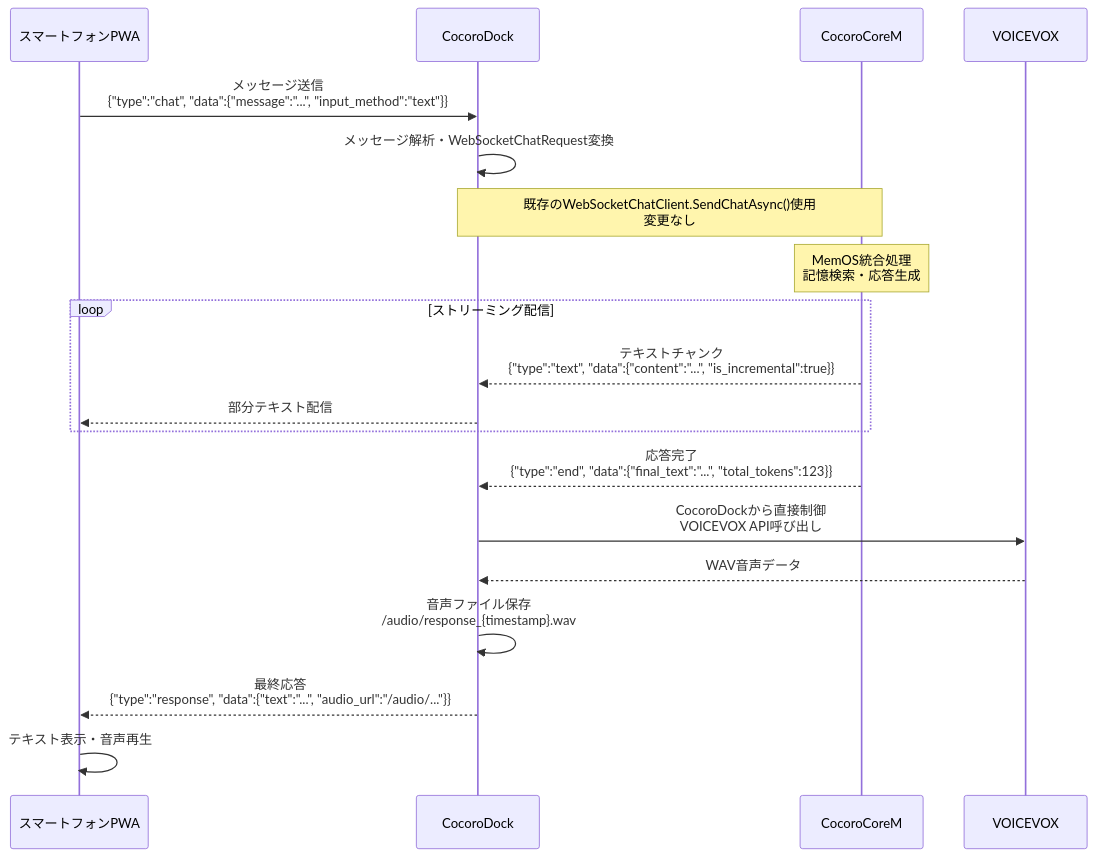
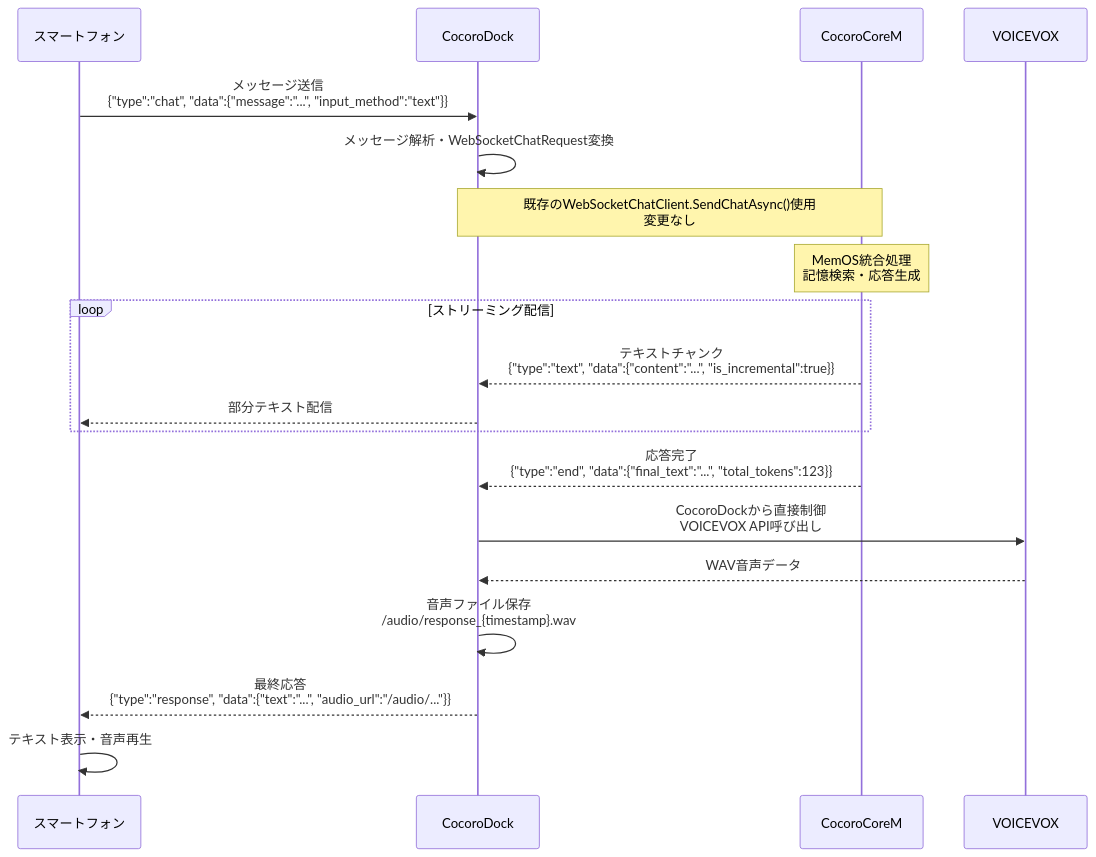
One commit to hirona98/CocoroCoreM changed the second of 6 diagrams in docs/CocoroAI_Web対応処理シーケンス.md. Above: the diagram before and after it, drawn with Mermaid. The commit also changed other lines of this file and 1 other file, not shown here.

````diff
--- a/docs/CocoroAI_Web対応処理シーケンス.md
+++ b/docs/CocoroAI_Web対応処理シーケンス.md
@@ -56,30 +55,30 @@
 ```mermaid
 sequenceDiagram
-    participant PWA as スマートフォンPWA
+    participant ブラウザ as スマートフォン
     participant Dock as CocoroDock
     participant Core as CocoroCoreM
     participant VV as VOICEVOX
     
-    PWA->>Dock: メッセージ送信<br/>{"type":"chat", "data":{"message":"...", "input_method":"text"}}
+    ブラウザ->>Dock: メッセージ送信<br/>{"type":"chat", "data":{"message":"...", "input_method":"text"}}
     
     Dock->>Dock: メッセージ解析・WebSocketChatRequest変換
     Note over Dock,Core: 既存のWebSocketChatClient.SendChatAsync()使用<br/>変更なし
     
     Note over Core: MemOS統合処理<br/>記憶検索・応答生成
     
     loop ストリーミング配信
         Core-->>Dock: テキストチャンク<br/>{"type":"text", "data":{"content":"...", "is_incremental":true}}
-        Dock-->>PWA: 部分テキスト配信
+        Dock-->>ブラウザ: 部分テキスト配信
     end
     
     Core-->>Dock: 応答完了<br/>{"type":"end", "data":{"final_text":"...", "total_tokens":123}}
     
     Dock->>VV: CocoroDockから直接制御<br/>VOICEVOX API呼び出し
     VV-->>Dock: WAV音声データ
     
     Dock->>Dock: 音声ファイル保存<br/>/audio/response_{timestamp}.wav
     
-    Dock-->>PWA: 最終応答<br/>{"type":"response", "data":{"text":"...", "audio_url":"/audio/..."}}
+    Dock-->>ブラウザ: 最終応答<br/>{"type":"response", "data":{"text":"...", "audio_url":"/audio/..."}}
     
-    PWA->>PWA: テキスト表示・音声再生
+    ブラウザ->>ブラウザ: テキスト表示・音声再生
 ```
````
